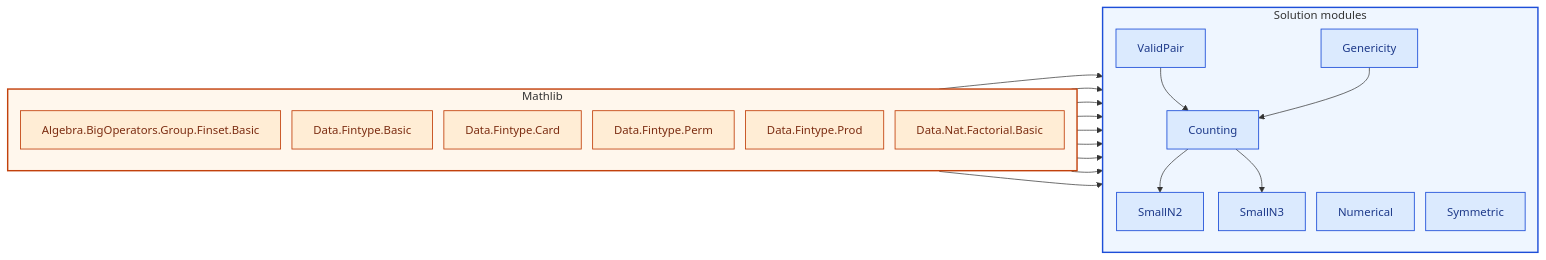
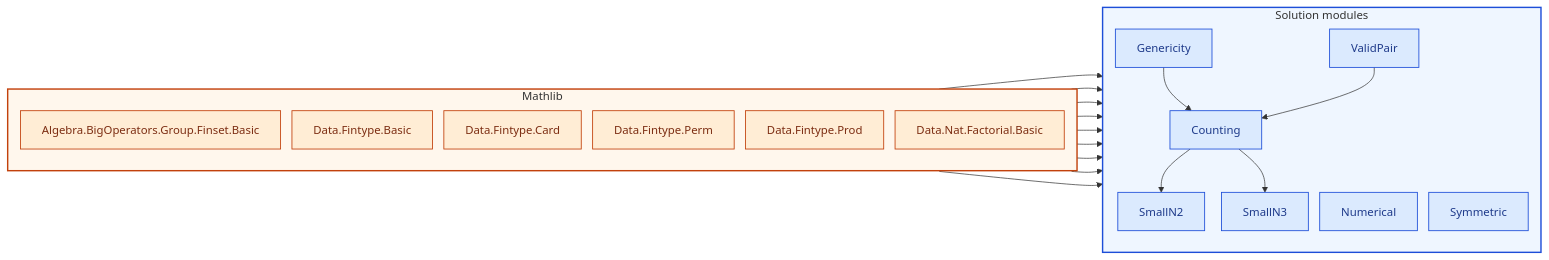
The diagram in courses/21-228.md (catskillsresearch/fabbro), drawn with Mermaid before and after one commit. The commit also changed other lines of this file and 34 other files, not shown here.

````diff
--- a/courses/21-228.md
+++ b/courses/21-228.md
@@ -24,43 +25,43 @@
 ```mermaid
 %%{init: {"flowchart": {"htmlLabels": false, "nodeSpacing": 16, "rankSpacing": 36}}}%%
 flowchart LR
   classDef course fill:#dbeafe,stroke:#1d4ed8,color:#1e3a8a,stroke-width:1.2px
   classDef mathlib fill:#ffedd5,stroke:#c2410c,color:#7c2d12,stroke-width:1.2px
 
   subgraph ML["Mathlib"]
     direction TB
     style ML fill:#fff7ed,stroke:#c2410c,stroke-width:2px
     LAlgebraBigOperatorsGroupFinsetBasic["Algebra.BigOperators.Group.Finset.Basic"]:::mathlib
     LDataFintypeBasic["Data.Fintype.Basic"]:::mathlib
     LDataFintypeCard["Data.Fintype.Card"]:::mathlib
     LDataFintypePerm["Data.Fintype.Perm"]:::mathlib
     LDataFintypeProd["Data.Fintype.Prod"]:::mathlib
     LDataNatFactorialBasic["Data.Nat.Factorial.Basic"]:::mathlib
   end
 
   subgraph SOL["Solution modules"]
     direction TB
     style SOL fill:#eff6ff,stroke:#1d4ed8,stroke-width:2px
     MCounting["Counting"]:::course
     MGenericity["Genericity"]:::course
     MNumerical["Numerical"]:::course
     MSmallN2["SmallN2"]:::course
     MSmallN3["SmallN3"]:::course
     MSymmetric["Symmetric"]:::course
     MValidPair["ValidPair"]:::course
   end
 
-  LAlgebraBigOperatorsGroupFinsetBasic --> MCounting
-  LDataFintypeProd --> MCounting
   LDataFintypeCard --> MCounting
   LDataFintypeBasic --> MCounting
+  LDataFintypeProd --> MCounting
+  LAlgebraBigOperatorsGroupFinsetBasic --> MCounting
+  MGenericity --> MCounting
   MValidPair --> MCounting
-  MGenericity --> MCounting
   LDataFintypePerm --> MGenericity
   LDataNatFactorialBasic --> MNumerical
   MCounting --> MSmallN2
   MCounting --> MSmallN3
+  LDataFintypePerm --> MSymmetric
   LAlgebraBigOperatorsGroupFinsetBasic --> MSymmetric
-  LDataFintypePerm --> MSymmetric
   LDataFintypePerm --> MValidPair
 ```
````
